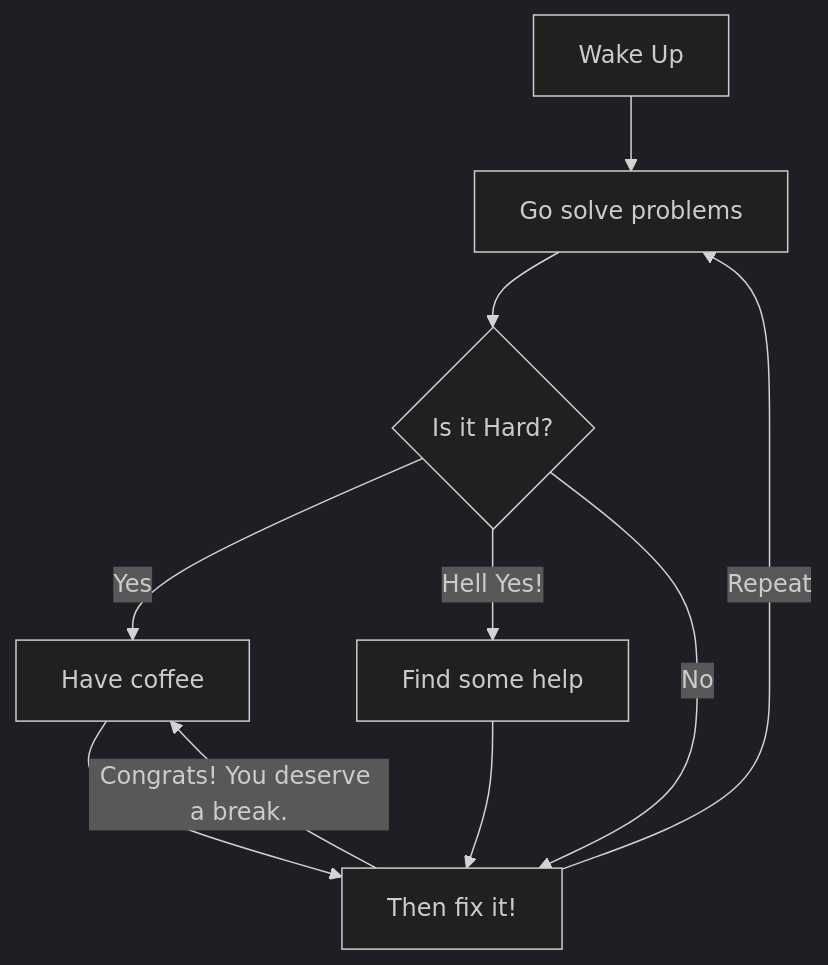
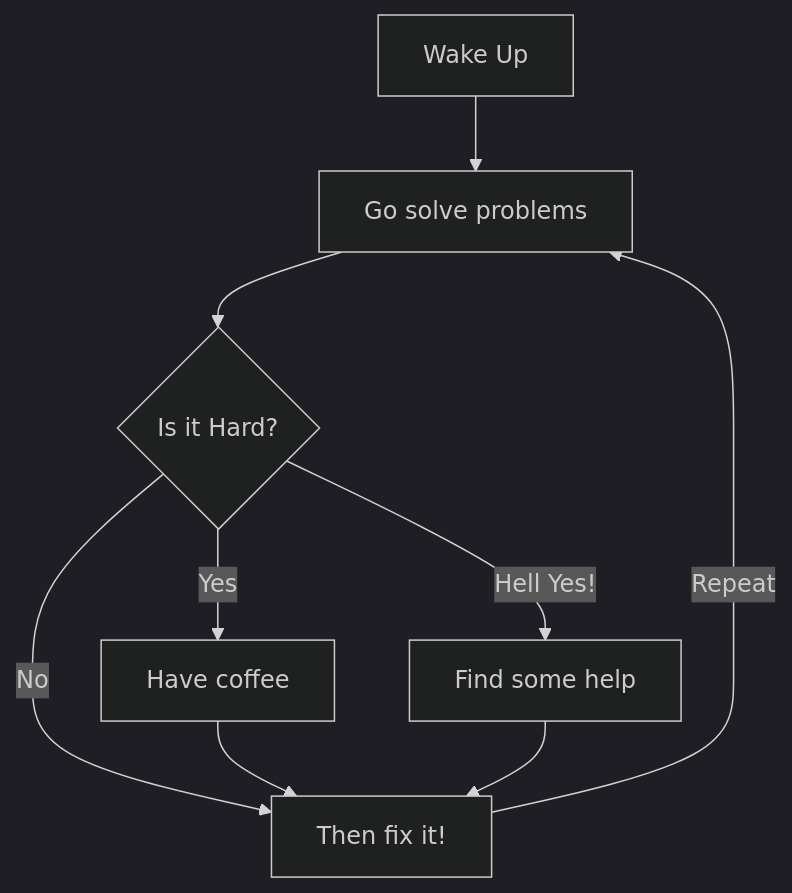
One commit to mbesson/mbesson changed the diagram in README.md. Above: the diagram before and after it, drawn with Mermaid (dark theme).

Commit message:
[MBE]: Top Down flow chart

````diff
--- a/README.md
+++ b/README.md
@@ -76,12 +76,11 @@
 ```mermaid
   flowchart TD
     B[Wake Up] --> D[Go solve problems]
     D --> E{Is it Hard?}
     E -->|Yes| F[Have coffee]
     E -->|Hell Yes!| G[Find some help]
     E -->|No| H[Then fix it!]
-    H -->|Congrats! You deserve a break.| F
     F -->H
     G --> H
     H --> |Repeat|D
 ```
````
